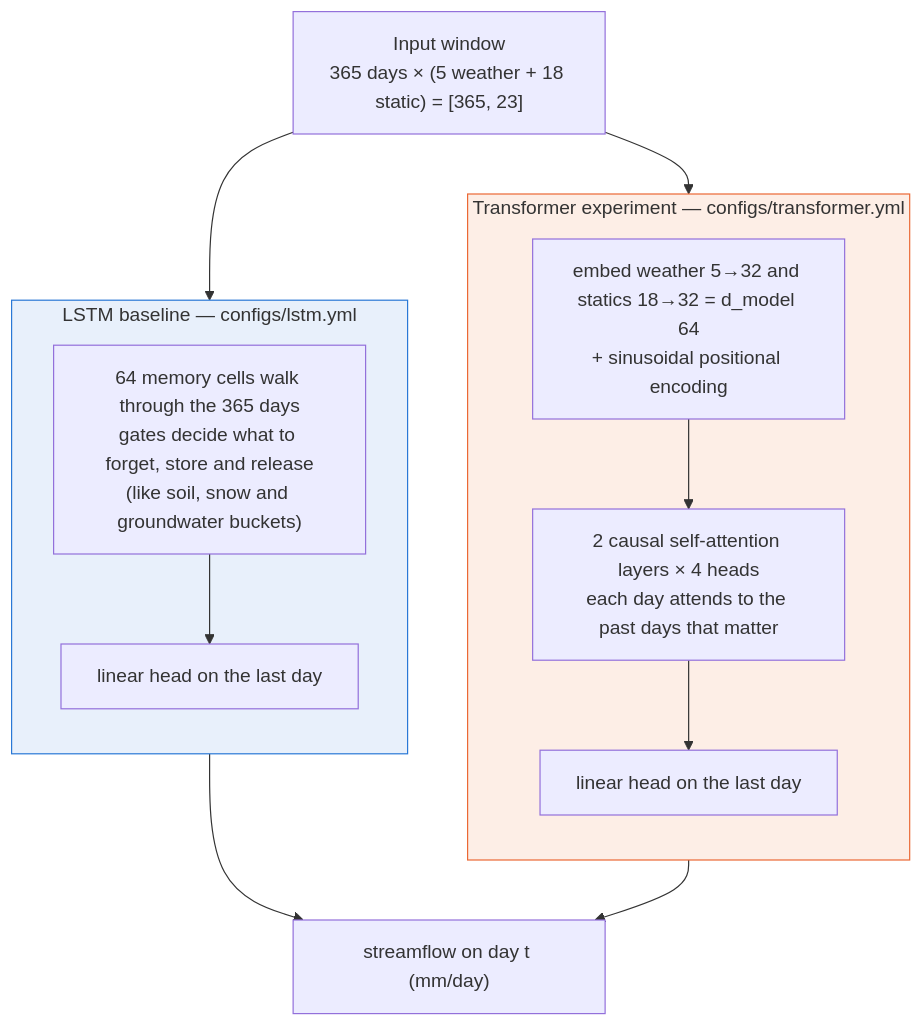
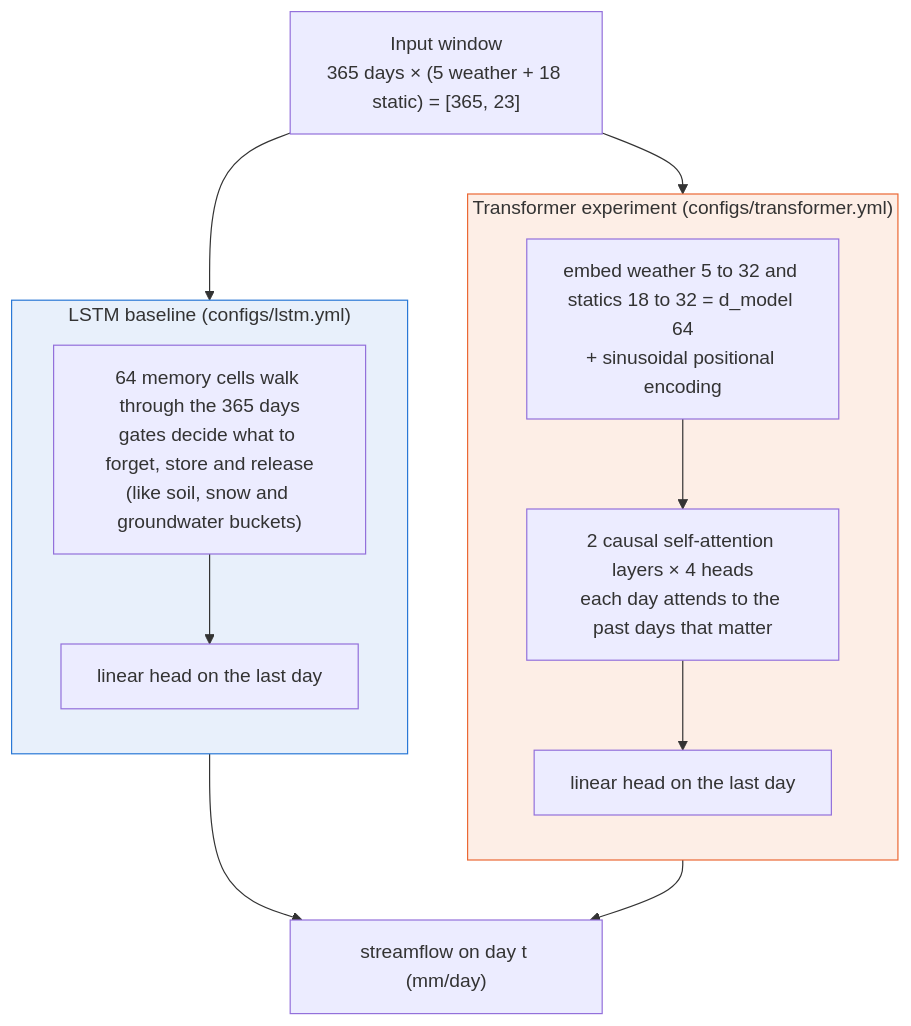
The third of 4 diagrams in README.md (muhammadibrahim313/neural-hydrology-explorer), drawn with Mermaid before and after one commit. The commit also changed other lines of this file and 5 other files, not shown here.

````diff
--- a/README.md
+++ b/README.md
@@ -124,17 +211,17 @@
 ```mermaid
 flowchart TB
     X["Input window<br/>365 days × (5 weather + 18 static) = [365, 23]"] --> L
     X --> T
-    subgraph L["LSTM baseline — configs/lstm.yml"]
+    subgraph L["LSTM baseline (configs/lstm.yml)"]
         direction TB
         L1["64 memory cells walk through the 365 days<br/>gates decide what to forget, store and release<br/>(like soil, snow and groundwater buckets)"] --> L2["linear head on the last day"]
     end
-    subgraph T["Transformer experiment — configs/transformer.yml"]
+    subgraph T["Transformer experiment (configs/transformer.yml)"]
         direction TB
-        T1["embed weather 5→32 and statics 18→32 = d_model 64<br/>+ sinusoidal positional encoding"] --> T2["2 causal self-attention layers × 4 heads<br/>each day attends to the past days that matter"] --> T3["linear head on the last day"]
+        T1["embed weather 5 to 32 and statics 18 to 32 = d_model 64<br/>+ sinusoidal positional encoding"] --> T2["2 causal self-attention layers × 4 heads<br/>each day attends to the past days that matter"] --> T3["linear head on the last day"]
     end
     L --> Y["streamflow on day t (mm/day)"]
     T --> Y
     style L fill:#e8f0fb,stroke:#2a78d6
     style T fill:#fdeee6,stroke:#eb6834
 ```
````
